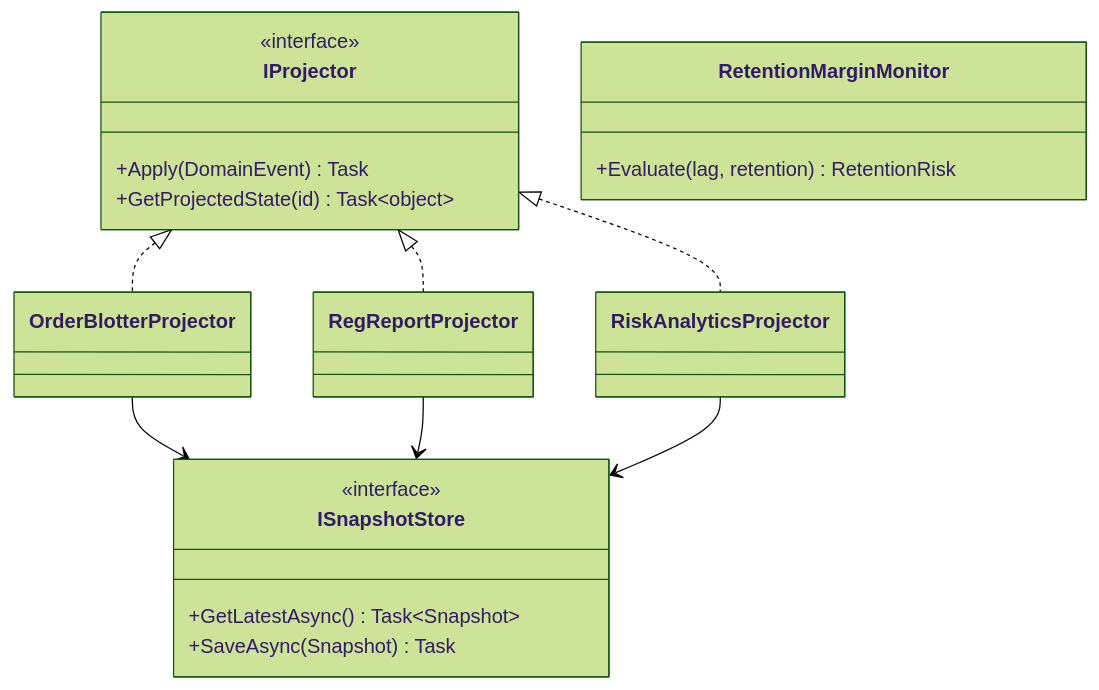
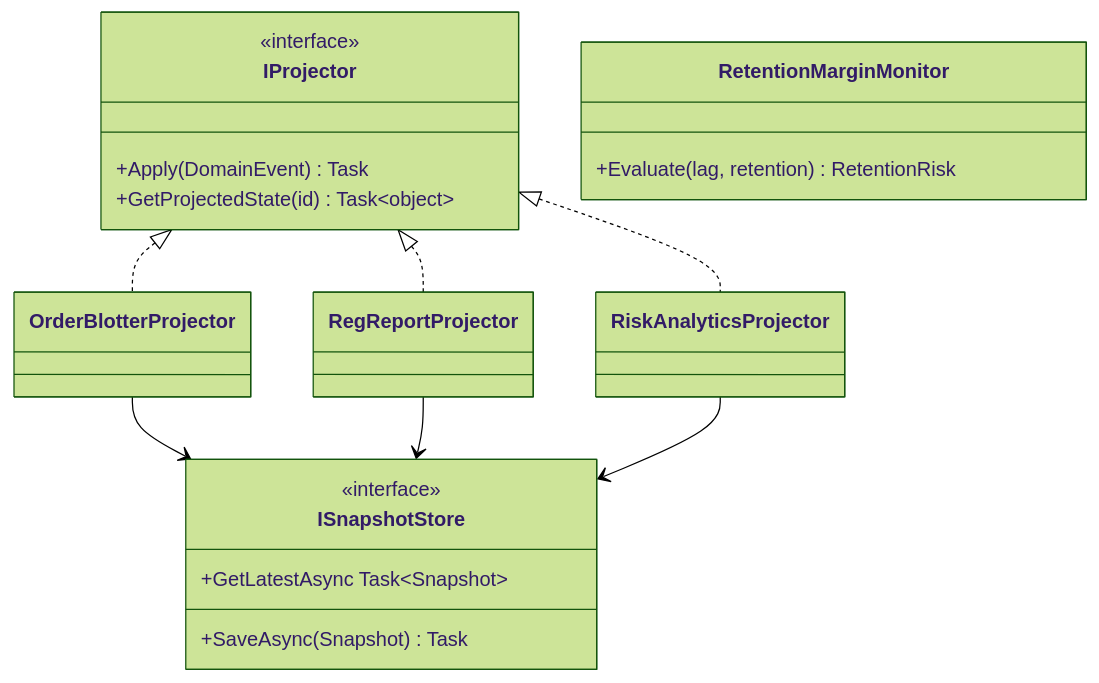
One commit to umashankarp/InterviewQuestions changed the third of 3 diagrams in 34-CQRS/02-Capstone-EventDrivenReadModelProjectionsAtScale.md. Above: the diagram before and after it, drawn with Mermaid (forest theme). The commit also changed other lines of this file and 173 other files, not shown here.

````diff
--- a/34-CQRS/02-Capstone-EventDrivenReadModelProjectionsAtScale.md
+++ b/34-CQRS/02-Capstone-EventDrivenReadModelProjectionsAtScale.md
@@ -492,26 +492,26 @@
 ```mermaid
 classDiagram
-    class IProjector {
-        <<interface>>
-        +Apply(DomainEvent) Task
-        +GetProjectedState(id) Task~object~
-    }
-    class OrderBlotterProjector
-    class RegReportProjector
-    class RiskAnalyticsProjector
-    class ISnapshotStore {
-        <<interface>>
-        +GetLatestAsync() Task~Snapshot~
-        +SaveAsync(Snapshot) Task
-    }
-    class RetentionMarginMonitor {
-        +Evaluate(lag, retention) RetentionRisk
-    }
+ class IProjector {
+ <<interface>>
+ +Apply(DomainEvent) Task
+ +GetProjectedState(id) Task~object~
+ }
+ class OrderBlotterProjector
+ class RegReportProjector
+ class RiskAnalyticsProjector
+ class ISnapshotStore {
+ <<interface>>
+ +GetLatestAsync Task~Snapshot~
+ +SaveAsync(Snapshot) Task
+ }
+ class RetentionMarginMonitor {
+ +Evaluate(lag, retention) RetentionRisk
+ }
 
-    IProjector <|.. OrderBlotterProjector
-    IProjector <|.. RegReportProjector
-    IProjector <|.. RiskAnalyticsProjector
-    OrderBlotterProjector --> ISnapshotStore
-    RegReportProjector --> ISnapshotStore
-    RiskAnalyticsProjector --> ISnapshotStore
+ IProjector <|.. OrderBlotterProjector
+ IProjector <|.. RegReportProjector
+ IProjector <|.. RiskAnalyticsProjector
+ OrderBlotterProjector --> ISnapshotStore
+ RegReportProjector --> ISnapshotStore
+ RiskAnalyticsProjector --> ISnapshotStore
 ```
````
